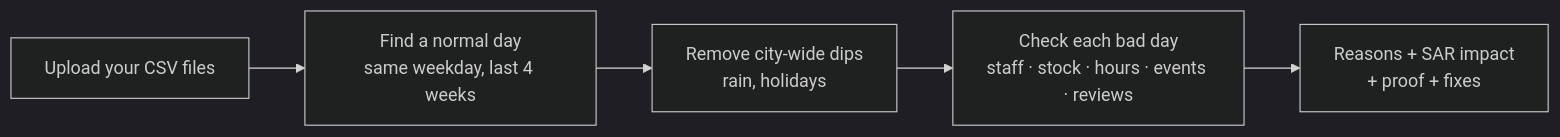
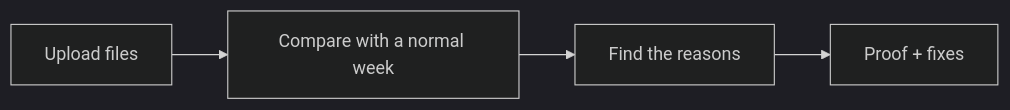
One commit to ShifaYahya/BranchPulse changed the diagram in README.md. Above: the diagram before and after it, drawn with Mermaid (dark theme). The commit also changed other lines of this file and 4 other files, not shown here.

````diff
--- a/README.md
+++ b/README.md
@@ -25,7 +25,6 @@
 ```mermaid
 flowchart LR
-    A[Upload your CSV files] --> B[Find a normal day<br/>same weekday, last 4 weeks]
-    B --> C[Remove city-wide dips<br/>rain, holidays]
-    C --> D[Check each bad day<br/>staff · stock · hours · events · reviews]
-    D --> E[Reasons + SAR impact<br/>+ proof + fixes]
+    A[Upload files] --> B[Compare with a normal week]
+    B --> C[Find the reasons]
+    C --> D[Proof + fixes]
 ```
````
